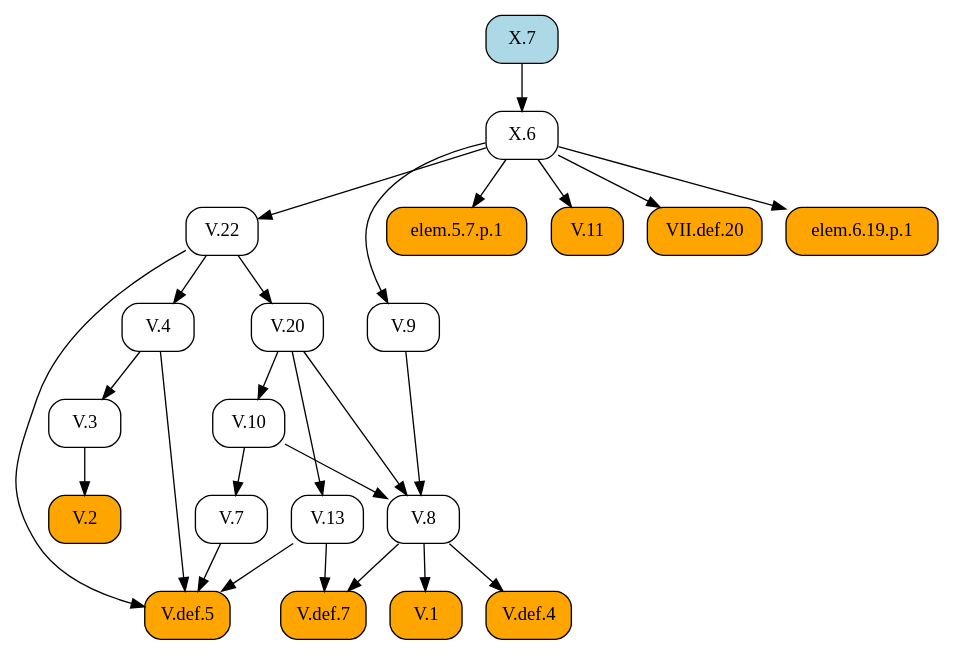
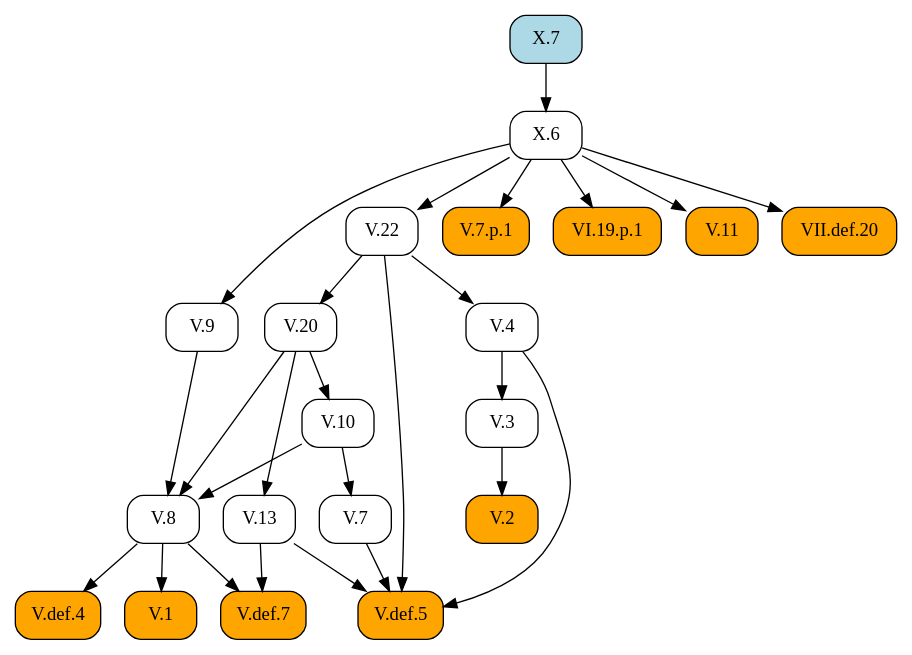
Before and after one commit to geometor/elements: the diagram in docsrc/heath/X/7/index.rst, drawn with Graphviz. The commit also changed 484 other files, not shown here.

```diff
--- a/docsrc/heath/X/7/index.rst
+++ b/docsrc/heath/X/7/index.rst
@@ -30,51 +30,51 @@
 .. graphviz::
 
    digraph {
      rankdir="TB";
      node [shape=box, style=rounded];
+     "V.2" [style="rounded,filled", fillcolor=orange, URL="/heath/V/2/", target="_top"];
+     "V.def.7" [style="rounded,filled", fillcolor=orange, URL="/heath/V/def.7/", target="_top"];
+     "V.13" [URL="/heath/V/13/", target="_top"];
+     "V.3" [URL="/heath/V/3/", target="_top"];
+     "V.7" [URL="/heath/V/7/", target="_top"];
+     "V.7.p.1" [style="rounded,filled", fillcolor=orange];
+     "VI.19.p.1" [style="rounded,filled", fillcolor=orange];
+     "V.def.5" [style="rounded,filled", fillcolor=orange, URL="/heath/V/def.5/", target="_top"];
+     "X.6" [URL="/heath/X/6/", target="_top"];
+     "V.9" [URL="/heath/V/9/", target="_top"];
      "V.8" [URL="/heath/V/8/", target="_top"];
-     "V.def.5" [style="rounded,filled", fillcolor=orange, URL="/heath/V/def.5/", target="_top"];
+     "V.10" [URL="/heath/V/10/", target="_top"];
+     "X.7" [style="rounded,filled", fillcolor=lightblue, URL="/heath/X/7/", target="_top"];
+     "V.4" [URL="/heath/V/4/", target="_top"];
      "V.22" [URL="/heath/V/22/", target="_top"];
-     "V.4" [URL="/heath/V/4/", target="_top"];
-     "elem.5.7.p.1" [style="rounded,filled", fillcolor=orange];
-     "X.6" [URL="/heath/X/6/", target="_top"];
-     "V.10" [URL="/heath/V/10/", target="_top"];
-     "V.13" [URL="/heath/V/13/", target="_top"];
+     "V.1" [style="rounded,filled", fillcolor=orange, URL="/heath/V/1/", target="_top"];
      "V.20" [URL="/heath/V/20/", target="_top"];
      "V.11" [style="rounded,filled", fillcolor=orange, URL="/heath/V/11/", target="_top"];
-     "V.1" [style="rounded,filled", fillcolor=orange, URL="/heath/V/1/", target="_top"];
-     "V.7" [URL="/heath/V/7/", target="_top"];
-     "V.9" [URL="/heath/V/9/", target="_top"];
+     "VII.def.20" [style="rounded,filled", fillcolor=orange, URL="/heath/VII/def.20/", target="_top"];
      "V.def.4" [style="rounded,filled", fillcolor=orange, URL="/heath/V/def.4/", target="_top"];
-     "V.2" [style="rounded,filled", fillcolor=orange, URL="/heath/V/2/", target="_top"];
-     "V.3" [URL="/heath/V/3/", target="_top"];
-     "V.def.7" [style="rounded,filled", fillcolor=orange, URL="/heath/V/def.7/", target="_top"];
-     "X.7" [style="rounded,filled", fillcolor=lightblue, URL="/heath/X/7/", target="_top"];
-     "VII.def.20" [style="rounded,filled", fillcolor=orange, URL="/heath/VII/def.20/", target="_top"];
-     "elem.6.19.p.1" [style="rounded,filled", fillcolor=orange];
-     "V.9" -> "V.8";
-     "V.10" -> "V.8";
-     "V.20" -> "V.8";
+     "V.3" -> "V.2";
+     "V.8" -> "V.def.7";
+     "V.13" -> "V.def.7";
+     "V.20" -> "V.13";
+     "V.4" -> "V.3";
+     "V.10" -> "V.7";
+     "X.6" -> "V.7.p.1";
+     "X.6" -> "VI.19.p.1";
      "V.4" -> "V.def.5";
      "V.7" -> "V.def.5";
      "V.13" -> "V.def.5";
      "V.22" -> "V.def.5";
+     "X.7" -> "X.6";
+     "X.6" -> "V.9";
+     "V.9" -> "V.8";
+     "V.10" -> "V.8";
+     "V.20" -> "V.8";
+     "V.20" -> "V.10";
+     "V.22" -> "V.4";
      "X.6" -> "V.22";
-     "V.22" -> "V.4";
-     "X.6" -> "elem.5.7.p.1";
-     "X.7" -> "X.6";
-     "V.20" -> "V.10";
-     "V.20" -> "V.13";
+     "V.8" -> "V.1";
      "V.22" -> "V.20";
      "X.6" -> "V.11";
-     "V.8" -> "V.1";
-     "V.10" -> "V.7";
-     "X.6" -> "V.9";
+     "X.6" -> "VII.def.20";
      "V.8" -> "V.def.4";
-     "V.3" -> "V.2";
-     "V.4" -> "V.3";
-     "V.8" -> "V.def.7";
-     "V.13" -> "V.def.7";
-     "X.6" -> "VII.def.20";
-     "X.6" -> "elem.6.19.p.1";
    }
```
